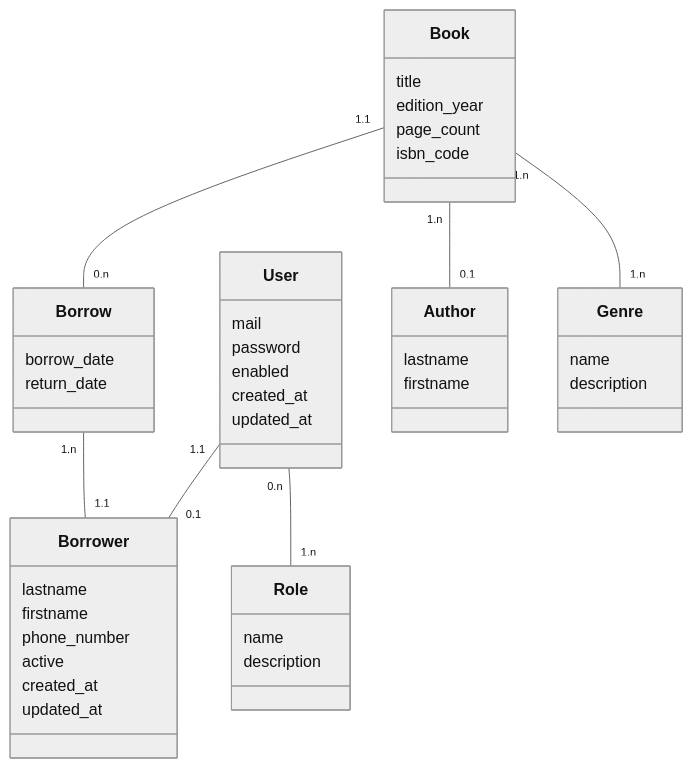
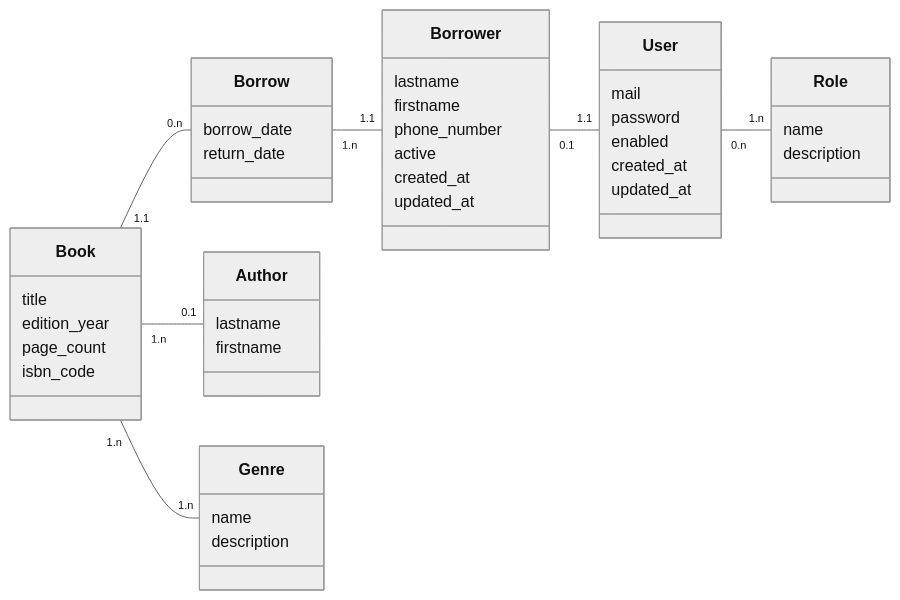
Before and after one commit to rekky1aws/library-db: the diagram in diagram.md, drawn with Mermaid (neutral theme).

Commit message:
Changed diagram Orientation

````diff
--- a/diagram.md
+++ b/diagram.md
@@ -1,48 +1,49 @@
 ```mermaid
 classDiagram
+    direction LR
 	class Role {
 		name
 		description
 	}
     class User {
 		mail
 		password
 		enabled
 		created_at
 		updated_at
 	}
 
     class Borrower {
         lastname
         firstname
         phone_number
         active
         created_at
         updated_at
     }
     class Borrow {
         borrow_date
         return_date
     }
     class Book {
         title
         edition_year
         page_count
         isbn_code
     }
     class Author {
         lastname
         firstname
     }
     class Genre {
         name
         description
     }
 
     User "0,n" -- "1,n" Role
+    Borrower "0,1" -- "1,1" User
     Borrow "1,n" -- "1,1" Borrower
-    User "1,1" -- "0,1" Borrower
     Book "1,1" -- "0,n" Borrow
     Book "1,n" -- "0,1" Author
     Book "1,n" -- "1,n" Genre
 ```
````
